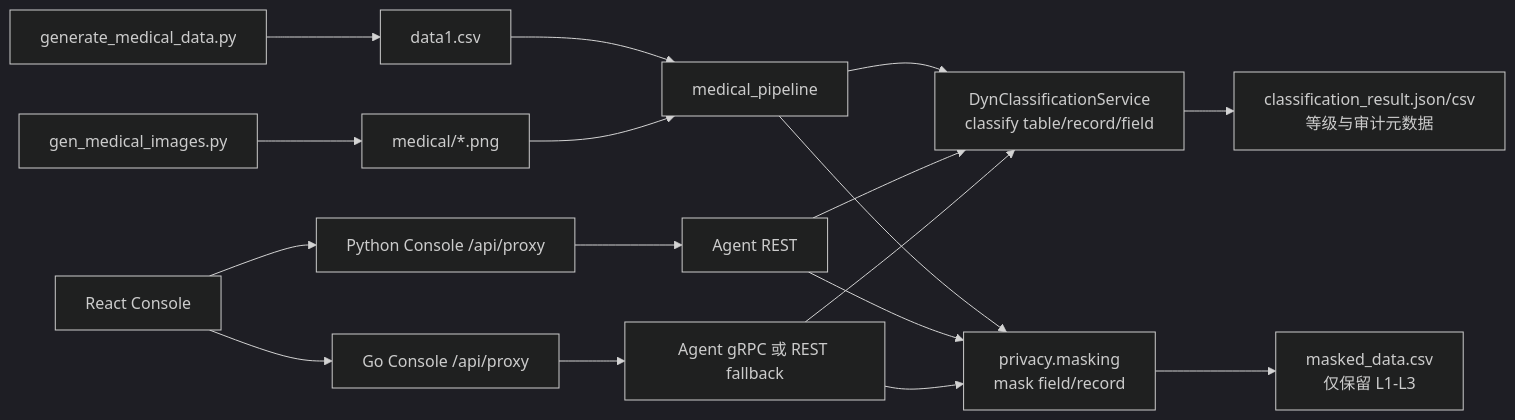
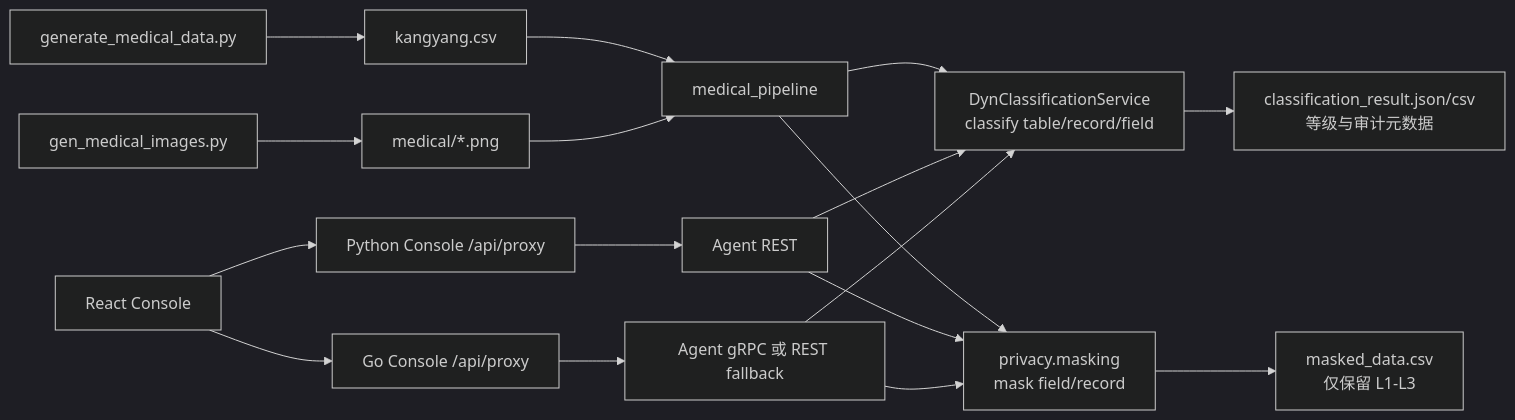
Before and after one commit to fengzhizi319/PrivShield: the diagram in docs/pipeline/medical_data_pipeline_design.md, drawn with Mermaid (dark theme). The commit also changed other lines of this file and 24 other files, not shown here.

Commit message:
refactor: 将医疗样例数据集 data1.csv 重命名为 kangyang.csv（康养）

````diff
--- a/docs/pipeline/medical_data_pipeline_design.md
+++ b/docs/pipeline/medical_data_pipeline_design.md
@@ -44,19 +44,19 @@
 ```mermaid
 graph LR
-    G[generate_medical_data.py] --> CSV[data1.csv]
+    G[generate_medical_data.py] --> CSV[kangyang.csv]
     I[gen_medical_images.py] --> IMG[medical/*.png]
     CSV --> P[medical_pipeline]
     IMG --> P
     P --> C[DynClassificationService\nclassify table/record/field]
     P --> M[privacy.masking\nmask field/record]
     C --> R1[classification_result.json/csv\n等级与审计元数据]
     M --> R2[masked_data.csv\n仅保留 L1-L3]
     UI[React Console] --> PY[Python Console /api/proxy]
     UI --> GO[Go Console /api/proxy]
     PY --> A[Agent REST]
     GO --> A2[Agent gRPC 或 REST fallback]
     A --> C
     A --> M
     A2 --> C
     A2 --> M
 ```
````
